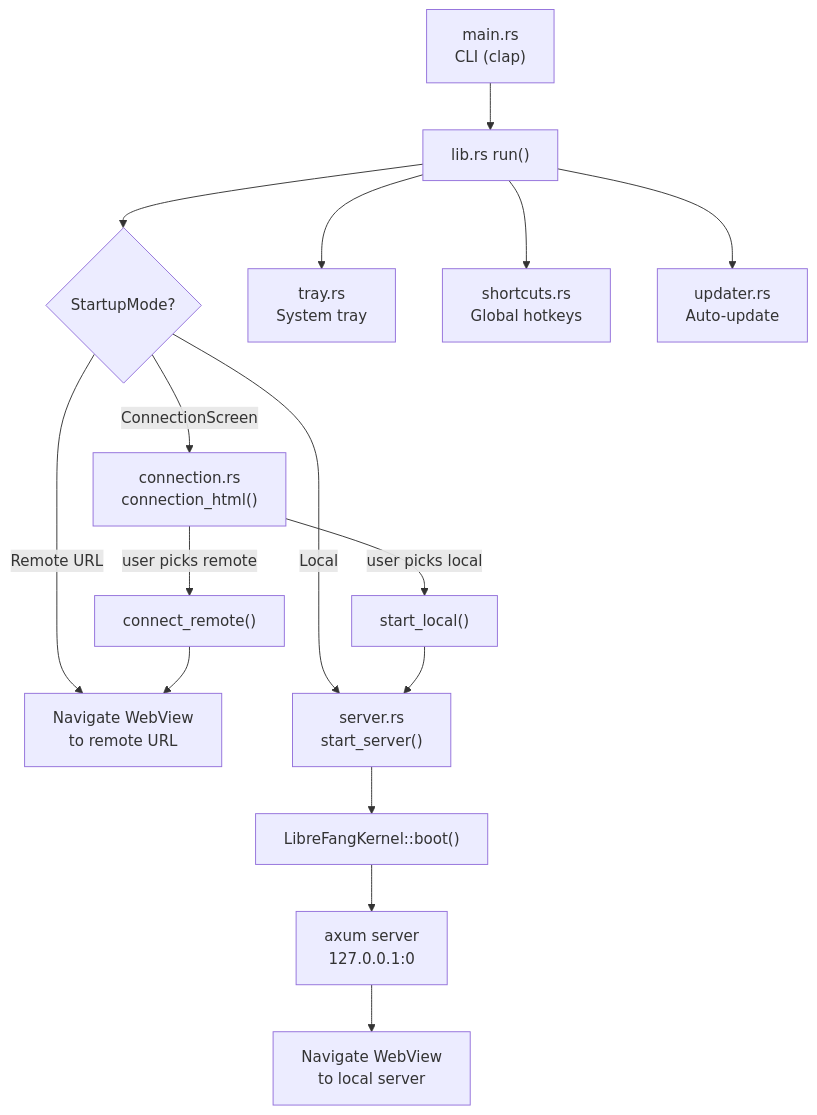
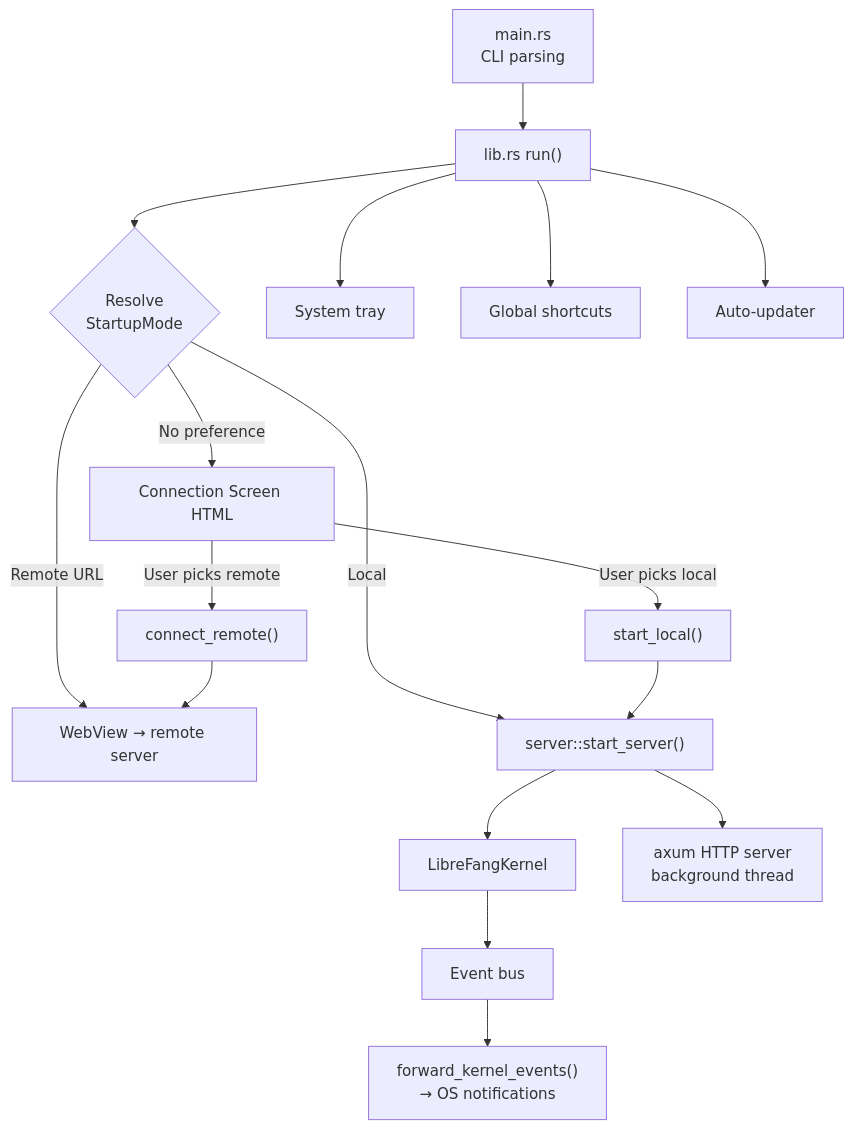
One commit to leszek3737/librefang-WIki changed the diagram in desktop-application.md. Above: the diagram before and after it, drawn with Mermaid. The commit also changed other lines of this file and 123 other files, not shown here.

````diff
--- a/desktop-application.md
+++ b/desktop-application.md
@@ -9,18 +9,19 @@
 ```mermaid
 graph TD
-    CLI["main.rs<br/>CLI (clap)"] --> RUN["lib.rs run()"]
-    RUN --> MODE{StartupMode?}
-    MODE -->|Remote URL| NAV_REMOTE["Navigate WebView<br/>to remote URL"]
-    MODE -->|Local| BOOT["server.rs<br/>start_server()"]
-    MODE -->|ConnectionScreen| CONN_SCREEN["connection.rs<br/>connection_html()"]
-    BOOT --> KERNEL["LibreFangKernel::boot()"]
-    KERNEL --> AXUM["axum server<br/>127.0.0.1:0"]
-    AXUM --> NAV_LOCAL["Navigate WebView<br/>to local server"]
-    CONN_SCREEN -->|user picks remote| CONNECT_REMOTE["connect_remote()"]
-    CONN_SCREEN -->|user picks local| START_LOCAL["start_local()"]
-    START_LOCAL --> BOOT
-    CONNECT_REMOTE --> NAV_REMOTE
-    RUN --> TRAY["tray.rs<br/>System tray"]
-    RUN --> SHORTCUTS["shortcuts.rs<br/>Global hotkeys"]
-    RUN --> UPDATER["updater.rs<br/>Auto-update"]
+    CLI["main.rs<br/>CLI parsing"] --> RUN["lib.rs run()"]
+    RUN --> MODE{"Resolve<br/>StartupMode"}
+    MODE -->|Remote URL| REMOTE["WebView → remote server"]
+    MODE -->|Local| BOOT["server::start_server()"]
+    MODE -->|No preference| CONN["Connection Screen HTML"]
+    CONN -->|User picks remote| CR["connect_remote()"]
+    CONN -->|User picks local| SL["start_local()"]
+    CR --> REMOTE
+    SL --> BOOT
+    BOOT --> KERNEL["LibreFangKernel"]
+    BOOT --> AXUM["axum HTTP server<br/>background thread"]
+    KERNEL --> EVENTS["Event bus"]
+    EVENTS --> NOTIFY["forward_kernel_events()<br/>→ OS notifications"]
+    RUN --> TRAY["System tray"]
+    RUN --> SHORTCUTS["Global shortcuts"]
+    RUN --> UPDATER["Auto-updater"]
 ```
````
